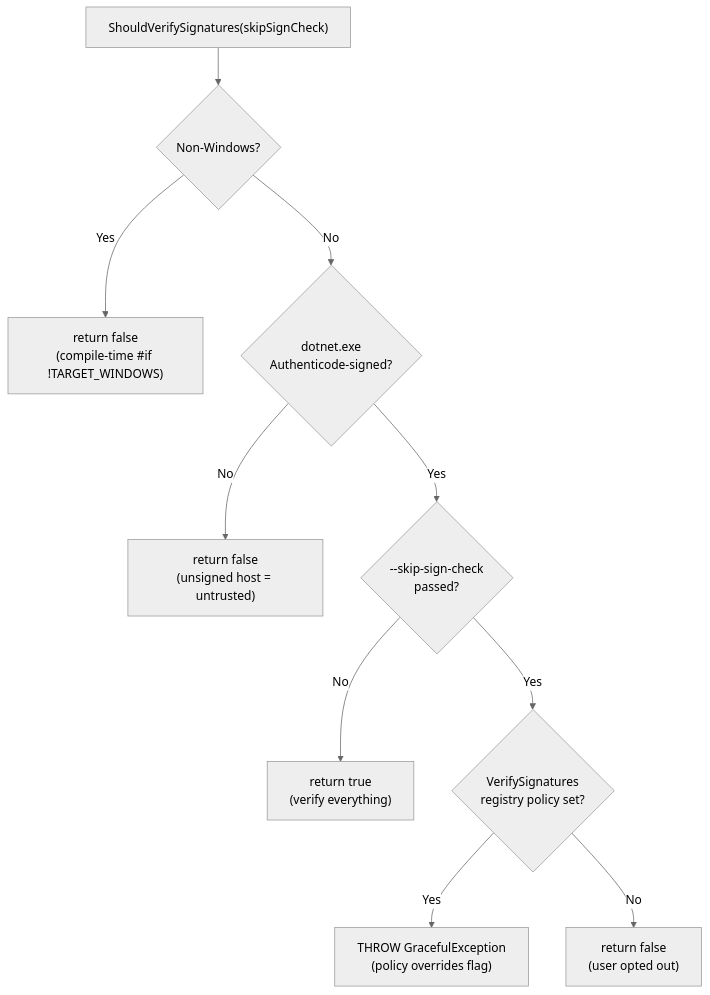
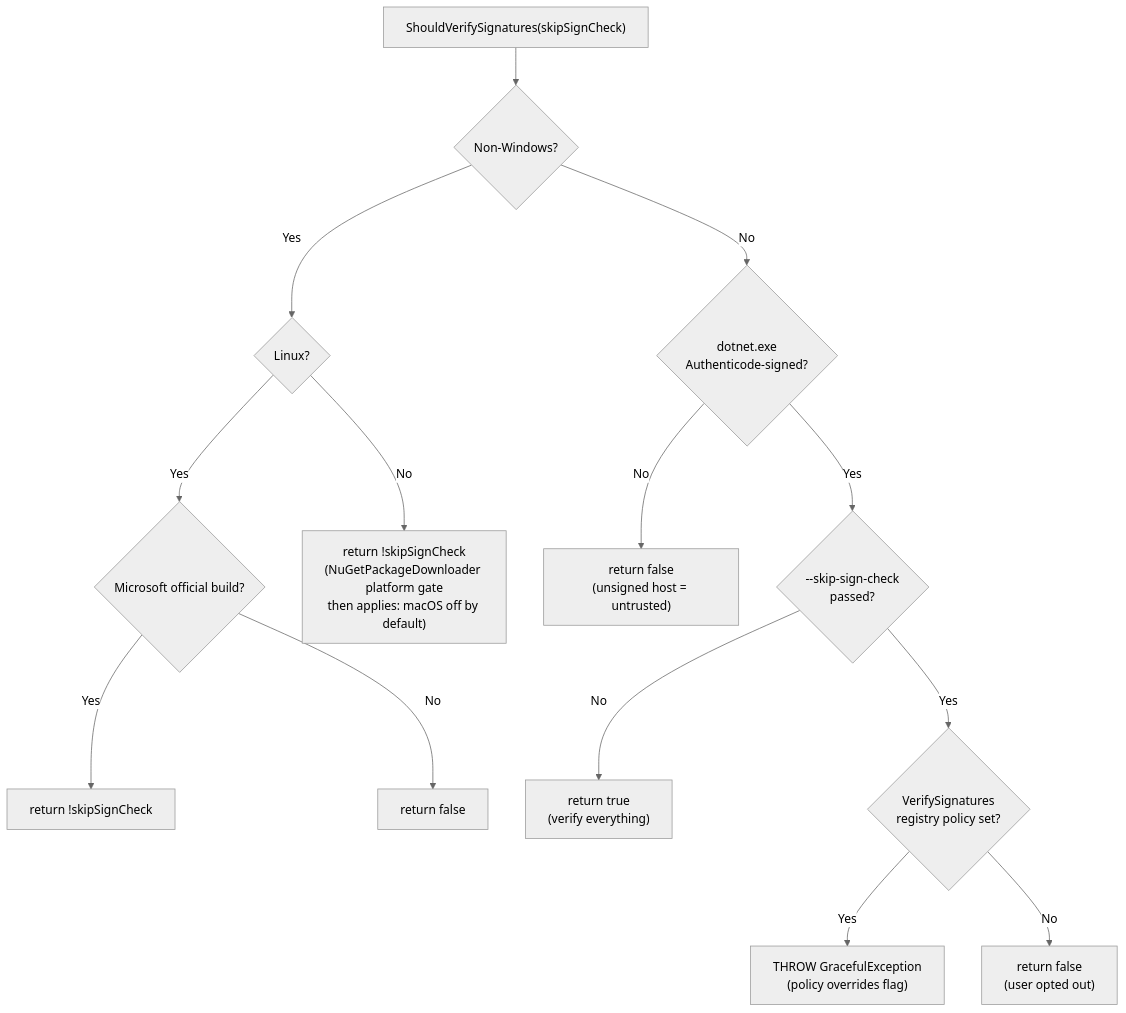
One commit to dotnet/sdk changed the diagram in src/Cli/dotnet/Commands/Workload/SIGNING-VERIFICATION.md. Above: the diagram before and after it, drawn with Mermaid (neutral theme). The commit also changed other lines of this file and 10 other files, not shown here.

````diff
--- a/src/Cli/dotnet/Commands/Workload/SIGNING-VERIFICATION.md
+++ b/src/Cli/dotnet/Commands/Workload/SIGNING-VERIFICATION.md
@@ -75,12 +71,16 @@
 ```mermaid
 flowchart TD
     Start["ShouldVerifySignatures(skipSignCheck)"] --> Platform{Non-Windows?}
-    Platform -->|Yes| RetFalse1["return false<br/>(compile-time #if !TARGET_WINDOWS)"]
+    Platform -->|Yes| Linux{Linux?}
+    Linux -->|Yes| Official{Microsoft official build?}
+    Official -->|Yes| RetLinux["return !skipSignCheck"]
+    Official -->|No| RetFalseLinux["return false"]
+    Linux -->|No| RetSkip["return !skipSignCheck<br/>(NuGetPackageDownloader platform gate<br/>then applies: macOS off by default)"]
     Platform -->|No| Signed{dotnet.exe<br/>Authenticode-signed?}
     Signed -->|No| RetFalse2["return false<br/>(unsigned host = untrusted)"]
     Signed -->|Yes| Skip{--skip-sign-check<br/>passed?}
     Skip -->|No| RetTrue["return true<br/>(verify everything)"]
     Skip -->|Yes| Policy{VerifySignatures<br/>registry policy set?}
     Policy -->|Yes| Throw["THROW GracefulException<br/>(policy overrides flag)"]
     Policy -->|No| RetFalse3["return false<br/>(user opted out)"]
 ```
````
